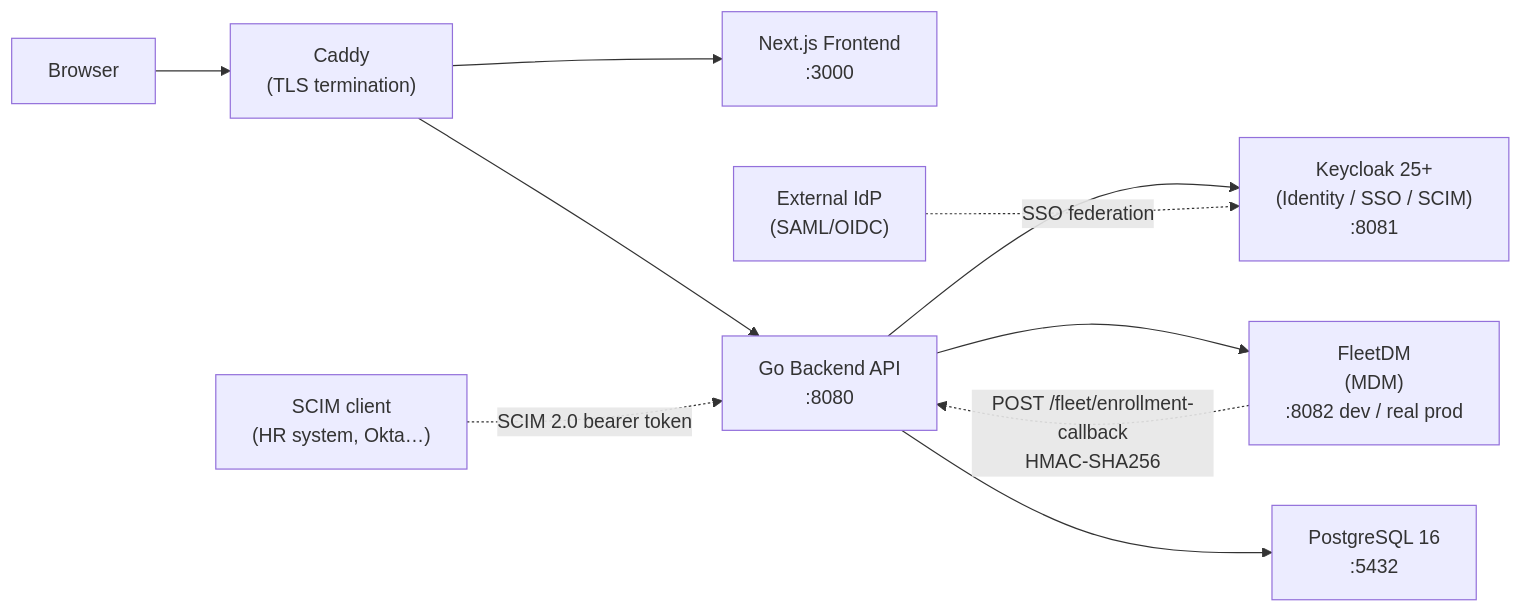
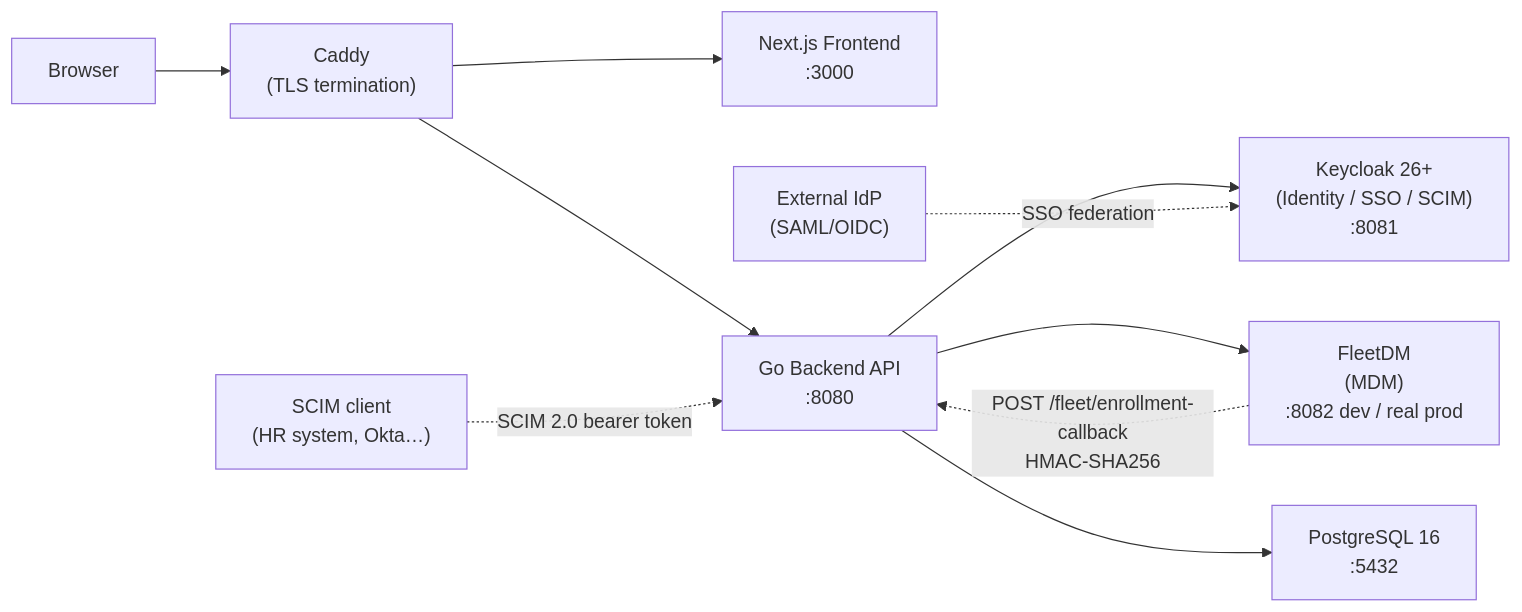
One commit to FisiFla/freecloud changed the diagram in docs/ARCHITECTURE.md. Above: the diagram before and after it, drawn with Mermaid. The commit also changed 13 other files, not shown here.

````diff
--- a/docs/ARCHITECTURE.md
+++ b/docs/ARCHITECTURE.md
@@ -20,12 +20,12 @@
 ```mermaid
 graph LR
     Browser --> Caddy["Caddy\n(TLS termination)"]
     Caddy --> Frontend["Next.js Frontend\n:3000"]
     Caddy --> Backend["Go Backend API\n:8080"]
-    Backend --> Keycloak["Keycloak 25+\n(Identity / SSO / SCIM)\n:8081"]
+    Backend --> Keycloak["Keycloak 26+\n(Identity / SSO / SCIM)\n:8081"]
     Backend --> FleetDM["FleetDM\n(MDM)\n:8082 dev / real prod"]
     Backend --> Postgres["PostgreSQL 16\n:5432"]
     FleetDM -.->|"POST /fleet/enrollment-callback\nHMAC-SHA256"| Backend
     ExtIDP["External IdP\n(SAML/OIDC)"] -.->|"SSO federation"| Keycloak
     SCIMClient["SCIM client\n(HR system, Okta…)"] -.->|"SCIM 2.0 bearer token"| Backend
 ```
````
